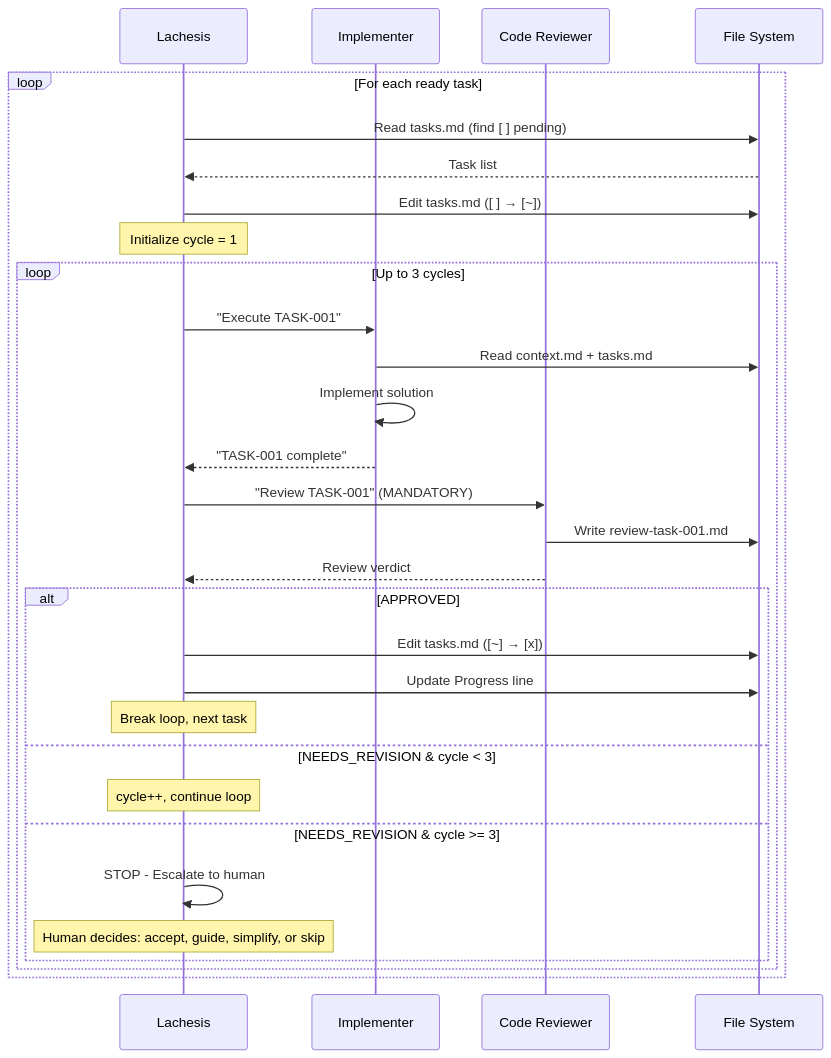
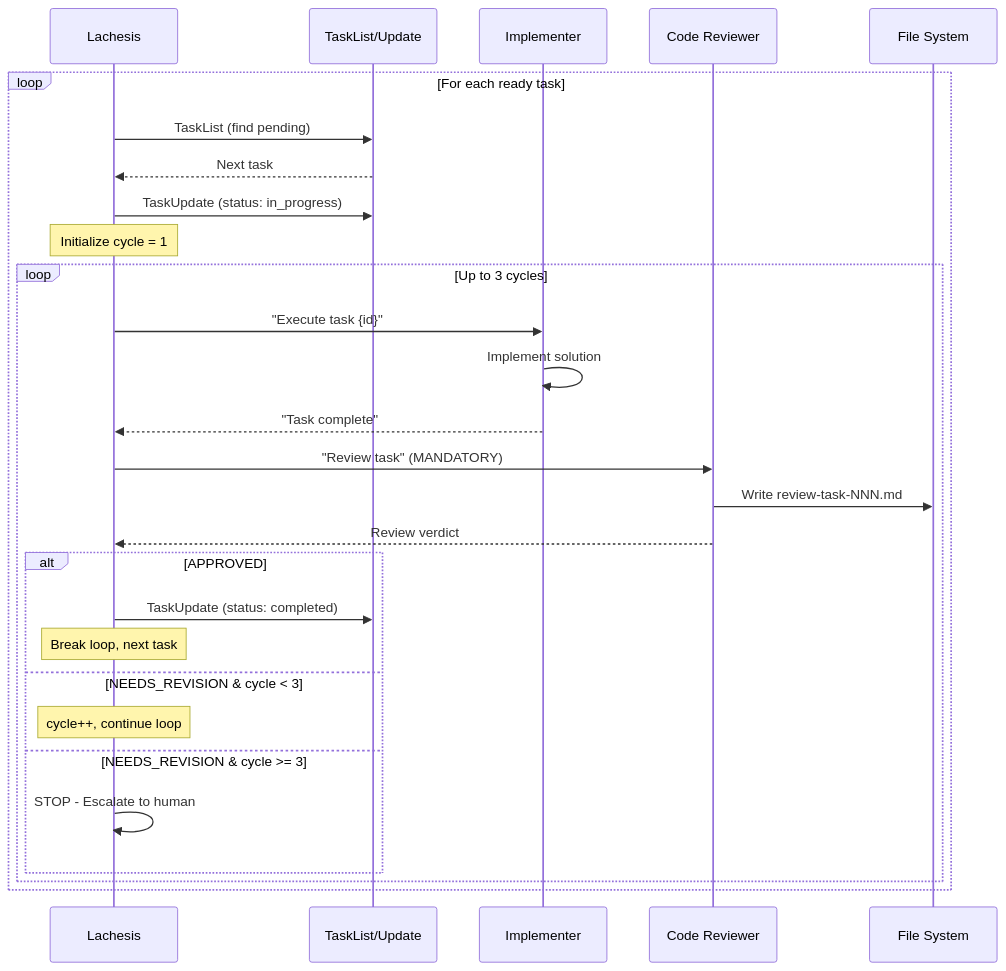
Before and after one commit to beingfrankly/loom: the fifth of 7 diagrams in loom/WORKFLOW.md, drawn with Mermaid. The commit also changed other lines of this file and 27 other files, not shown here.

````diff
--- a/loom/WORKFLOW.md
+++ b/loom/WORKFLOW.md
@@ -278,37 +245,35 @@
 ```mermaid
 sequenceDiagram
     participant L as Lachesis
+    participant TL as TaskList/Update
     participant I as Implementer
     participant CR as Code Reviewer
     participant FS as File System
 
     loop For each ready task
-        L->>FS: Read tasks.md (find [ ] pending)
-        FS-->>L: Task list
+        L->>TL: TaskList (find pending)
+        TL-->>L: Next task
 
-        L->>FS: Edit tasks.md ([ ] → [~])
+        L->>TL: TaskUpdate (status: in_progress)
         Note over L: Initialize cycle = 1
 
         loop Up to 3 cycles
-            L->>I: "Execute TASK-001"
-            I->>FS: Read context.md + tasks.md
+            L->>I: "Execute task {id}"
             I->>I: Implement solution
-            I-->>L: "TASK-001 complete"
+            I-->>L: "Task complete"
 
-            L->>CR: "Review TASK-001" (MANDATORY)
-            CR->>FS: Write review-task-001.md
+            L->>CR: "Review task" (MANDATORY)
+            CR->>FS: Write review-task-NNN.md
             CR-->>L: Review verdict
 
             alt APPROVED
-                L->>FS: Edit tasks.md ([~] → [x])
-                L->>FS: Update Progress line
+                L->>TL: TaskUpdate (status: completed)
                 Note over L: Break loop, next task
             else NEEDS_REVISION & cycle < 3
                 Note over L: cycle++, continue loop
             else NEEDS_REVISION & cycle >= 3
                 L->>L: STOP - Escalate to human
-                Note over L: Human decides: accept, guide, simplify, or skip
             end
         end
     end
 ```
````
